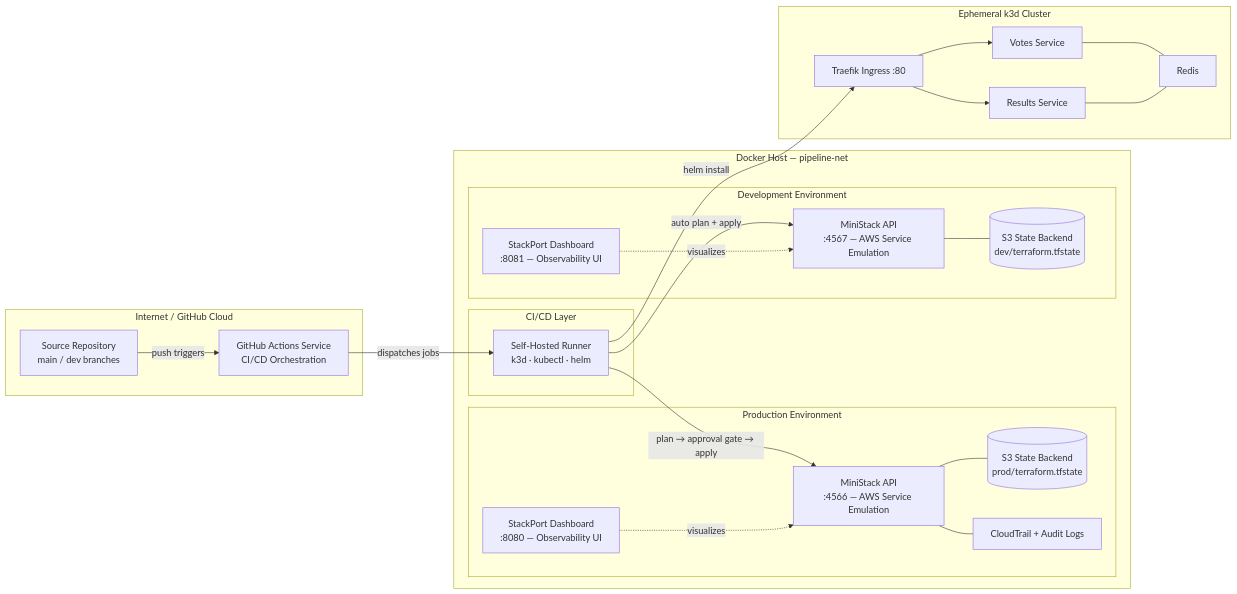
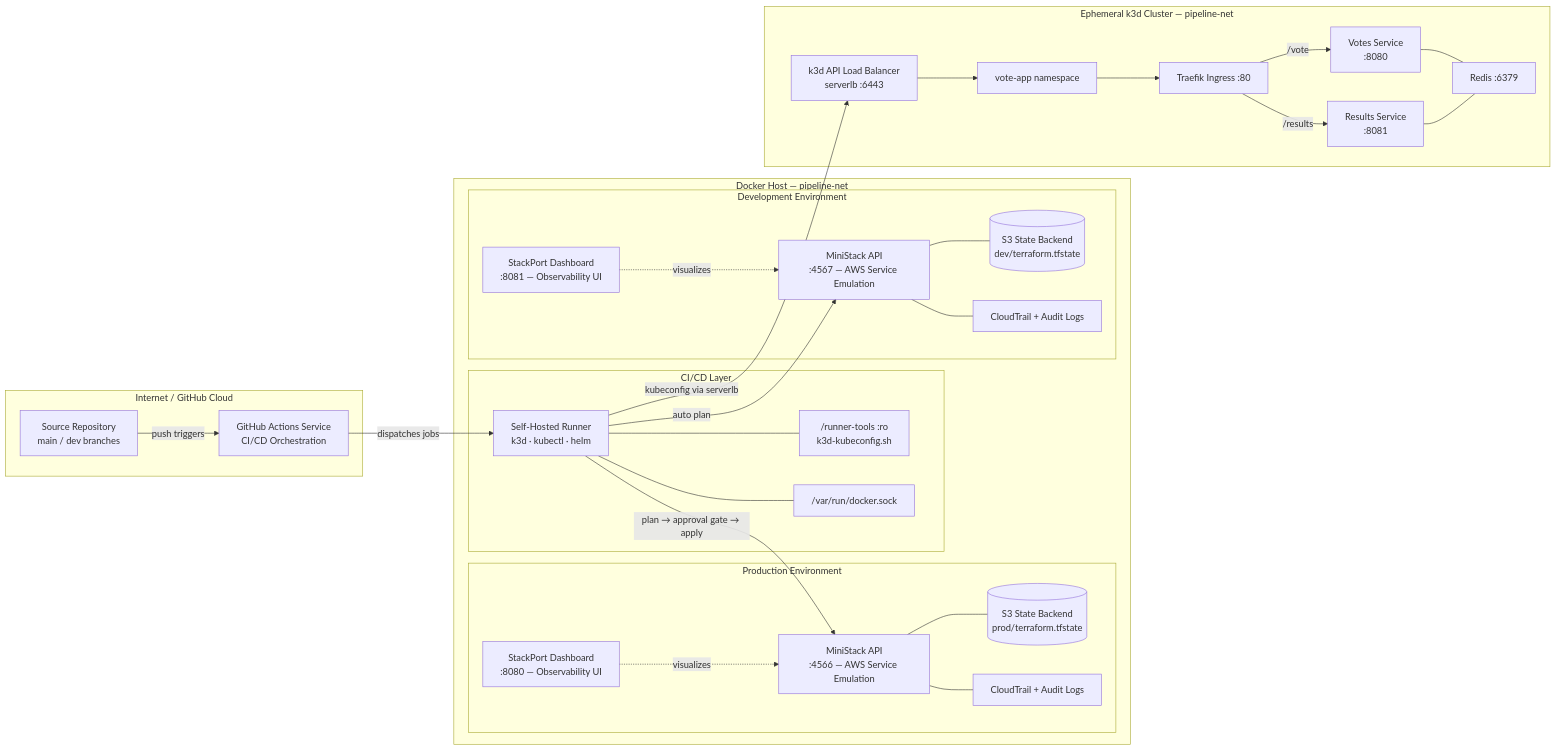
One commit to scooter-gh/pipeline-lab changed the diagram in README.md. Above: the diagram before and after it, drawn with Mermaid. The commit also changed other lines of this file, not shown here.

First line of the commit message:
Update architecture diagram and README for k3d LB, kubeconfig, and resource limits (#13)

````diff
--- a/README.md
+++ b/README.md
@@ -50,48 +51,58 @@
 ```mermaid
 flowchart LR
   subgraph Internet["Internet / GitHub Cloud"]
     GHRepo["Source Repository<br/>main / dev branches"]
     GHActions["GitHub Actions Service<br/>CI/CD Orchestration"]
   end
 
   subgraph Host["Docker Host — pipeline-net"]
     subgraph CICD["CI/CD Layer"]
       Runner["Self-Hosted Runner<br/>k3d · kubectl · helm"]
+      RunnerTools["/runner-tools :ro<br/>k3d-kubeconfig.sh"]
+      DockerSock["/var/run/docker.sock"]
     end
 
     subgraph ProdEnv["Production Environment"]
       ProdAPI["MiniStack API<br/>:4566 — AWS Service Emulation"]
       ProdState[("S3 State Backend<br/>prod/terraform.tfstate")]
       ProdUI["StackPort Dashboard<br/>:8080 — Observability UI"]
       ProdAudit["CloudTrail + Audit Logs"]
     end
 
     subgraph DevEnv["Development Environment"]
       DevAPI["MiniStack API<br/>:4567 — AWS Service Emulation"]
       DevState[("S3 State Backend<br/>dev/terraform.tfstate")]
       DevUI["StackPort Dashboard<br/>:8081 — Observability UI"]
+      DevAudit["CloudTrail + Audit Logs"]
     end
   end
 
-  subgraph K8s["Ephemeral k3d Cluster"]
+  subgraph K8s["Ephemeral k3d Cluster — pipeline-net"]
+    K8sAPI["k3d API Load Balancer<br/>serverlb :6443"]
+    K8sNS["vote-app namespace"]
     Ingress["Traefik Ingress :80"]
-    Votes["Votes Service"]
-    Results["Results Service"]
-    Redis["Redis"]
+    Votes["Votes Service<br/>:8080"]
+    Results["Results Service<br/>:8081"]
+    Redis["Redis :6379"]
   end
 
   GHRepo -- "push triggers" --> GHActions
   GHActions -- "dispatches jobs" --> Runner
-  Runner -- "auto plan + apply" --> DevAPI
+  Runner -- "auto plan" --> DevAPI
   Runner -- "plan → approval gate → apply" --> ProdAPI
-  Runner -- "helm install" --> Ingress
-  Ingress --> Votes
-  Ingress --> Results
+  Runner -- "kubeconfig via serverlb" --> K8sAPI
+  K8sAPI --> K8sNS
+  K8sNS --> Ingress
+  Ingress -- "/vote" --> Votes
+  Ingress -- "/results" --> Results
   Votes --- Redis
   Results --- Redis
   ProdAPI --- ProdState
   DevAPI --- DevState
   ProdAPI --- ProdAudit
+  DevAPI --- DevAudit
   ProdUI -. "visualizes" .-> ProdAPI
   DevUI -. "visualizes" .-> DevAPI
+  Runner --- RunnerTools
+  Runner --- DockerSock
 ```
````
